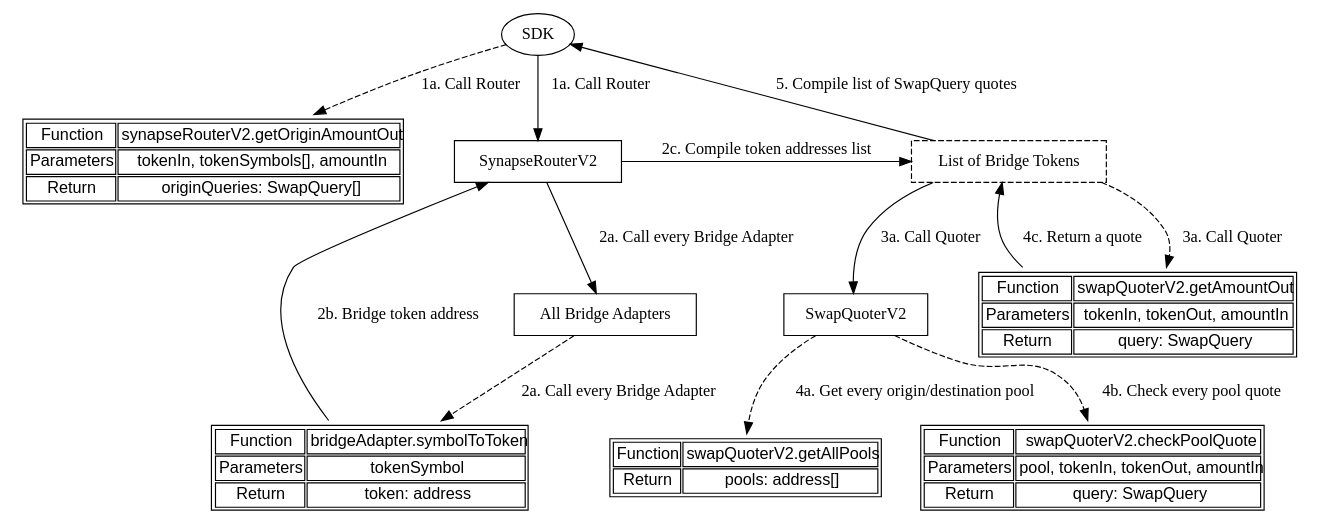
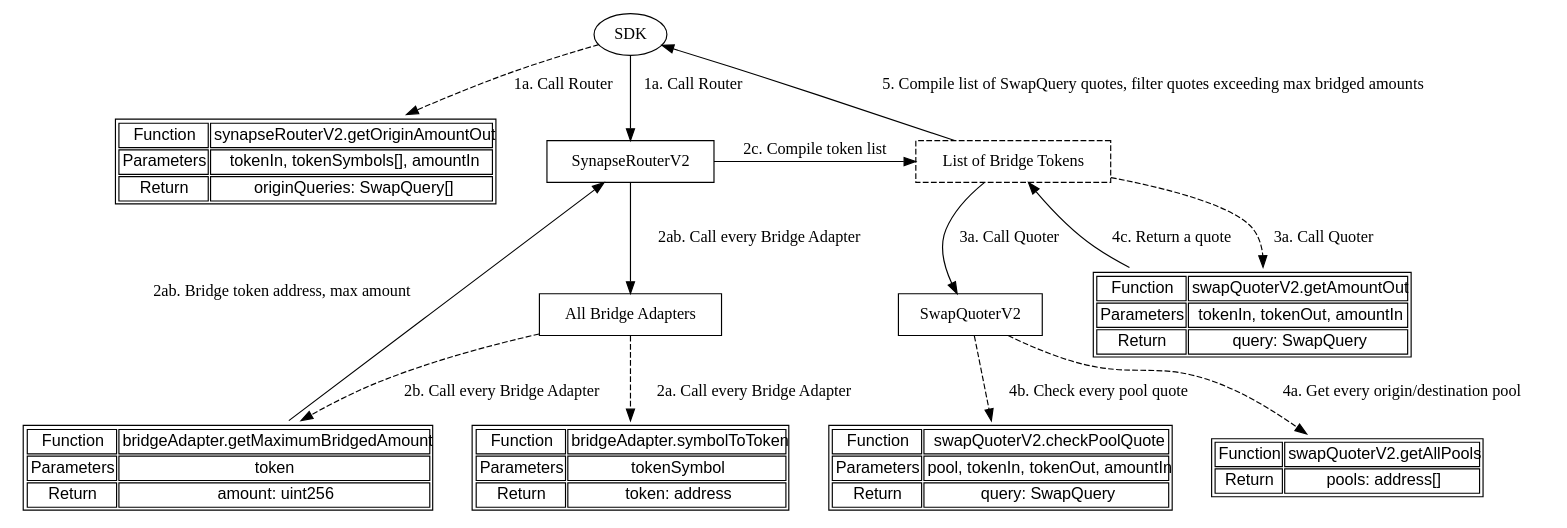
Before and after one commit to synapsecns/synapse-contracts: the diagram in contracts/router/docs/quote2.dot, drawn with Graphviz. The commit also changed 1 other file, not shown here.

Commit message:
Add "maximum bridge amounts" check to the workflow

```diff
--- a/contracts/router/docs/quote2.dot
+++ b/contracts/router/docs/quote2.dot
@@ -1,113 +1,130 @@
 digraph {
     sdk [label = "SDK";];
     router [label = "SynapseRouterV2";shape = rect;];
     quoter [label = "SwapQuoterV2";shape = rect;];
     bridgeAdapters [label = "All Bridge Adapters";shape = rect;];
     bridgeTokens [label = "List of Bridge Tokens";shape = rect;style = dashed;];
     node [shape = none; fontname = "Arial";];
     getOriginAmountOut [label = <
         <TABLE>
         <TR>
         <TD>Function</TD>
         <TD>synapseRouterV2.getOriginAmountOut</TD>
         </TR>
         <TR>
         <TD>Parameters</TD>
         <TD>tokenIn, tokenSymbols[], amountIn</TD>
         </TR>
         <TR>
         <TD>Return</TD>
         <TD>originQueries: SwapQuery[]</TD>
         </TR>
         </TABLE>
         >;];
     symbolToToken [label = <
         <TABLE>
         <TR>
         <TD>Function</TD>
         <TD>bridgeAdapter.symbolToToken</TD>
         </TR>
         <TR>
         <TD>Parameters</TD>
         <TD>tokenSymbol</TD>
         </TR>
         <TR>
         <TD>Return</TD>
         <TD>token: address</TD>
+        </TR>
+        </TABLE>
+        >;];
+    getMaximumBridgedAmount [label = <
+        <TABLE>
+        <TR>
+        <TD>Function</TD>
+        <TD>bridgeAdapter.getMaximumBridgedAmount</TD>
+        </TR>
+        <TR>
+        <TD>Parameters</TD>
+        <TD>token</TD>
+        </TR>
+        <TR>
+        <TD>Return</TD>
+        <TD>amount: uint256</TD>
         </TR>
         </TABLE>
         >;];
     getAmountOut [label = <
         <TABLE>
         <TR>
         <TD>Function</TD>
         <TD>swapQuoterV2.getAmountOut</TD>
         </TR>
         <TR>
         <TD>Parameters</TD>
         <TD>tokenIn, tokenOut, amountIn</TD>
         </TR>
         <TR>
         <TD>Return</TD>
         <TD>query: SwapQuery</TD>
         </TR>
         </TABLE>
         >;];
     getAllPools [label = <
         <TABLE>
         <TR>
         <TD>Function</TD>
         <TD>swapQuoterV2.getAllPools</TD>
         </TR>
         <TR>
         <TD>Return</TD>
         <TD>pools: address[]</TD>
         </TR>
         </TABLE>
         >;];
     checkPoolQuote [label = <
         <TABLE>
         <TR>
         <TD>Function</TD>
         <TD>swapQuoterV2.checkPoolQuote</TD>
         </TR>
         <TR>
         <TD>Parameters</TD>
         <TD>pool, tokenIn, tokenOut, amountIn</TD>
         </TR>
         <TR>
         <TD>Return</TD>
         <TD>query: SwapQuery</TD>
         </TR>
         </TABLE>
         >;];
     
     sdk -> router [label = "1a. Call Router";];
     sdk -> getOriginAmountOut [label = "1a. Call Router"; style = dashed;];
     
-    router -> bridgeAdapters [label = "2a. Call every Bridge Adapter";];
+    router -> bridgeAdapters [label = "2ab. Call every Bridge Adapter";];
     bridgeAdapters -> symbolToToken [label = "2a. Call every Bridge Adapter"; style = dashed;];
-    symbolToToken -> router [label = "2b. Bridge token address";];
-    router -> bridgeTokens [label = "2c. Compile token addresses list";];
+    bridgeAdapters -> getMaximumBridgedAmount [label = "2b. Call every Bridge Adapter"; style = dashed;];
+    getMaximumBridgedAmount -> router [xlabel = "2ab. Bridge token address, max amount";];
+    router -> bridgeTokens [label = "2c. Compile token list";];
     
     bridgeTokens -> quoter [label = "3a. Call Quoter";];
     bridgeTokens -> getAmountOut [label = "3a. Call Quoter"; style = dashed;];
     
     quoter -> getAllPools [label = "4a. Get every origin/destination pool"; style = dashed;];
     quoter -> checkPoolQuote [label = "4b. Check every pool quote"; style = dashed;];
     getAmountOut -> bridgeTokens [label = "4c. Return a quote";];
     
-    bridgeTokens -> sdk [label = "5. Compile list of SwapQuery quotes";];
+    bridgeTokens -> sdk [label = "5. Compile list of SwapQuery quotes, filter quotes exceeding max bridged amounts";];
     
     subgraph {
         rank = same;
         edge [style = invis;];
         getOriginAmountOut -> router -> bridgeTokens;
     }
     
     subgraph {
         rank = same;
         edge [style = invis;];
-        quoter -> getAmountOut;
+        bridgeAdapters -> quoter -> getAmountOut;
     }
 }
```
